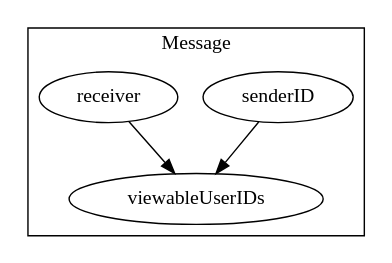
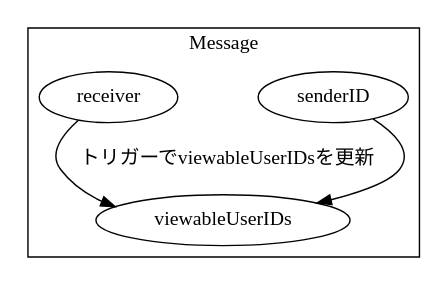
The fourth of 4 diagrams in contents/2019-09-04_0000_summary-alt-plan-insted-of-orwhere-about-firestore/index.md (snamiki1212/myblog), drawn with Graphviz before and after one commit. The commit also changed other lines of this file, not shown here.

````diff
--- a/contents/2019-09-04_0000_summary-alt-plan-insted-of-orwhere-about-firestore/index.md
+++ b/contents/2019-09-04_0000_summary-alt-plan-insted-of-orwhere-about-firestore/index.md
@@ -297,10 +297,10 @@
 ```dot
 digraph G {
     subgraph cluster_Message{
       label=Message
       senderID -> V
-      receiver -> V
+      receiver -> V [ label="トリガーでviewableUserIDsを更新"]
       V [label=viewableUserIDs]
     }
 }
 ```
````
